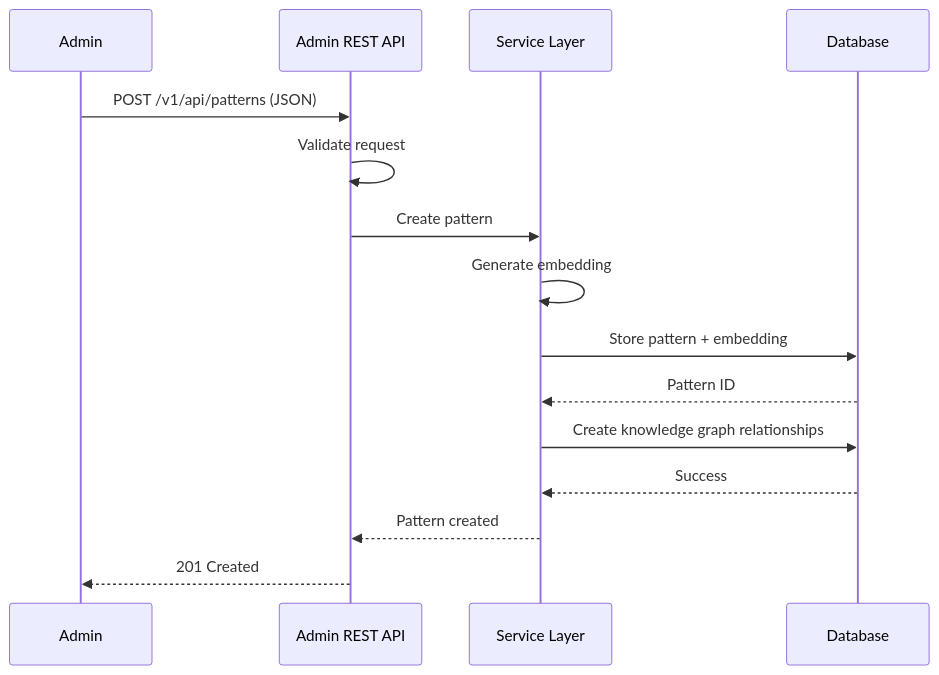
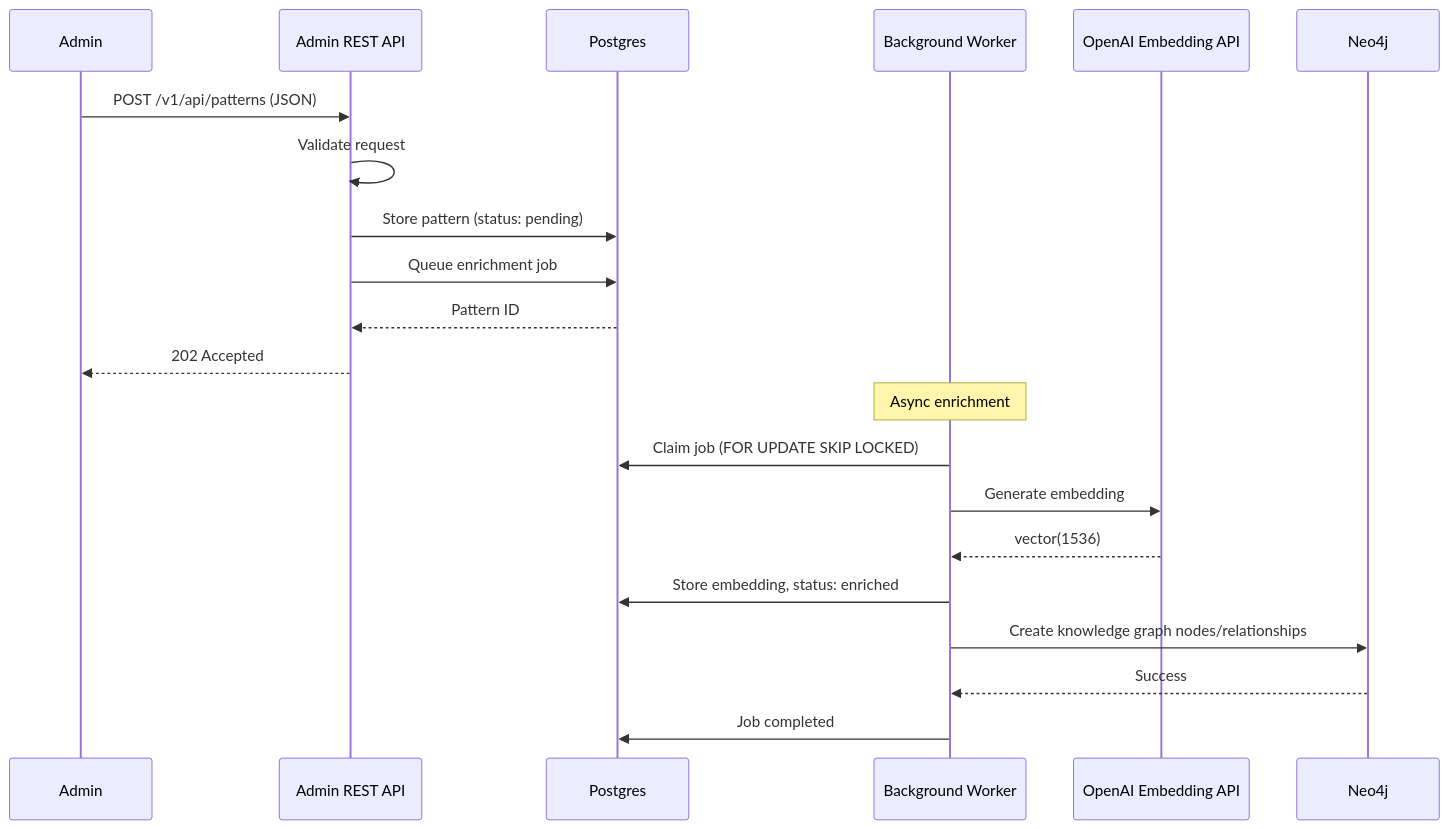
The third of 5 diagrams in docs/architecture/03-communication-patterns.md (twistingmercury/mnemonic-mcp), drawn with Mermaid before and after one commit. The commit also changed other lines of this file and 40 other files, not shown here.

````diff
--- a/docs/architecture/03-communication-patterns.md
+++ b/docs/architecture/03-communication-patterns.md
@@ -147,18 +128,25 @@
 ```mermaid
 sequenceDiagram
     participant Admin
     participant REST as Admin REST API
-    participant SVC as Service Layer
-    participant DB as Database
+    participant PG as Postgres
+    participant WORKER as Background Worker
+    participant OPENAI as OpenAI Embedding API
+    participant NEO as Neo4j
 
     Admin->>REST: POST /v1/api/patterns (JSON)
     REST->>REST: Validate request
-    REST->>SVC: Create pattern
-    SVC->>SVC: Generate embedding
-    SVC->>DB: Store pattern + embedding
-    DB-->>SVC: Pattern ID
-    SVC->>DB: Create knowledge graph relationships
-    DB-->>SVC: Success
-    SVC-->>REST: Pattern created
-    REST-->>Admin: 201 Created
+    REST->>PG: Store pattern (status: pending)
+    REST->>PG: Queue enrichment job
+    PG-->>REST: Pattern ID
+    REST-->>Admin: 202 Accepted
+
+    Note over WORKER: Async enrichment
+    WORKER->>PG: Claim job (FOR UPDATE SKIP LOCKED)
+    WORKER->>OPENAI: Generate embedding
+    OPENAI-->>WORKER: vector(1536)
+    WORKER->>PG: Store embedding, status: enriched
+    WORKER->>NEO: Create knowledge graph nodes/relationships
+    NEO-->>WORKER: Success
+    WORKER->>PG: Job completed
 ```
````
